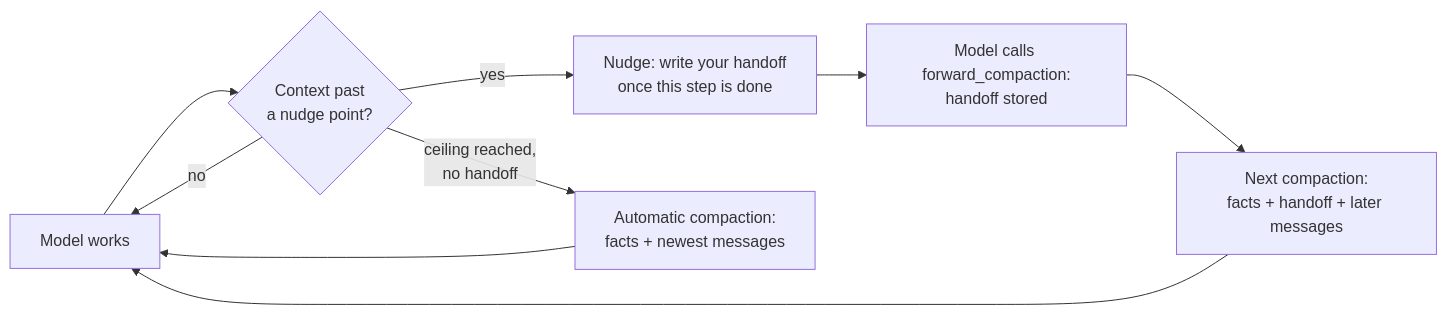
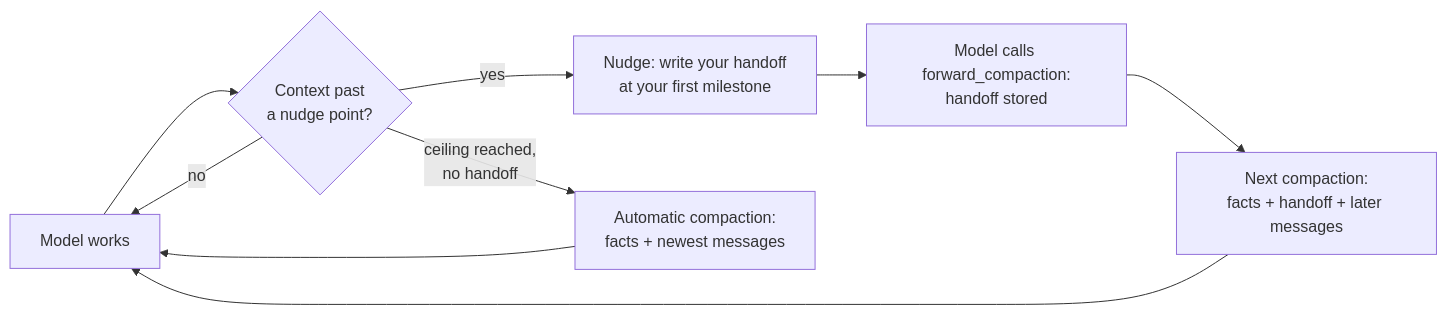
The diagram in README.md (rezzminator/forward-compaction), drawn with Mermaid before and after one commit. The commit also changed other lines of this file and 6 other files, not shown here.

Commit message:
fix(nudge): the nudge names the context size only and asks for a frontier at the first milestone — no window share, no ceiling, no order; the model may skip when it can finish soon and keep going to its milestone when the work needs the larger context

````diff
--- a/README.md
+++ b/README.md
@@ -104,11 +104,11 @@
 ```mermaid
 flowchart LR
     A[Model works] --> B{Context past<br/>a nudge point?}
     B -- no --> A
-    B -- yes --> C[Nudge: write your handoff<br/>once this step is done]
+    B -- yes --> C[Nudge: write your handoff<br/>at your first milestone]
     C --> D[Model calls forward_compaction:<br/>handoff stored]
     D --> E[Next compaction:<br/>facts + handoff + later messages]
     E --> A
     B -- ceiling reached,<br/>no handoff --> F[Automatic compaction:<br/>facts + newest messages]
     F --> A
 ```
````
